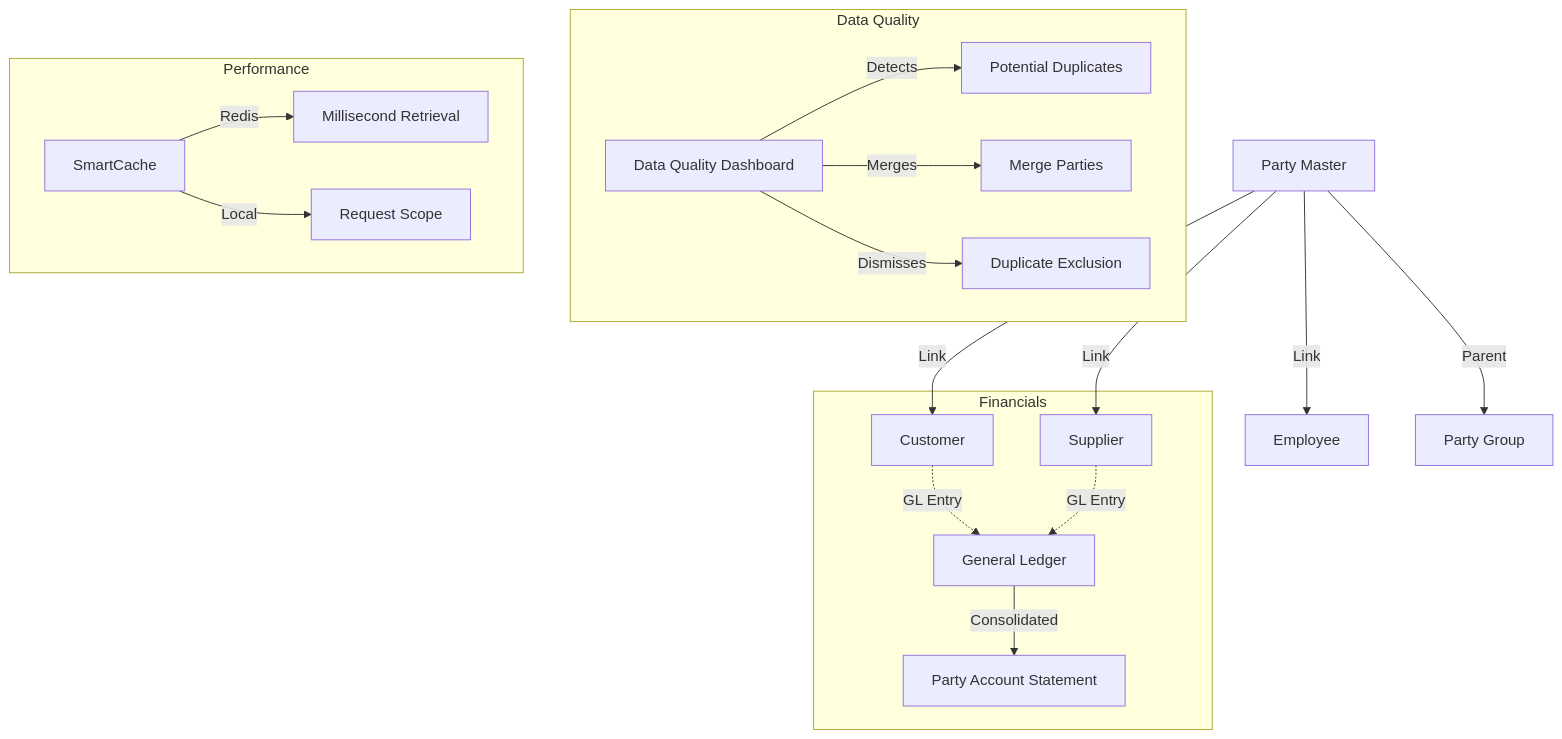
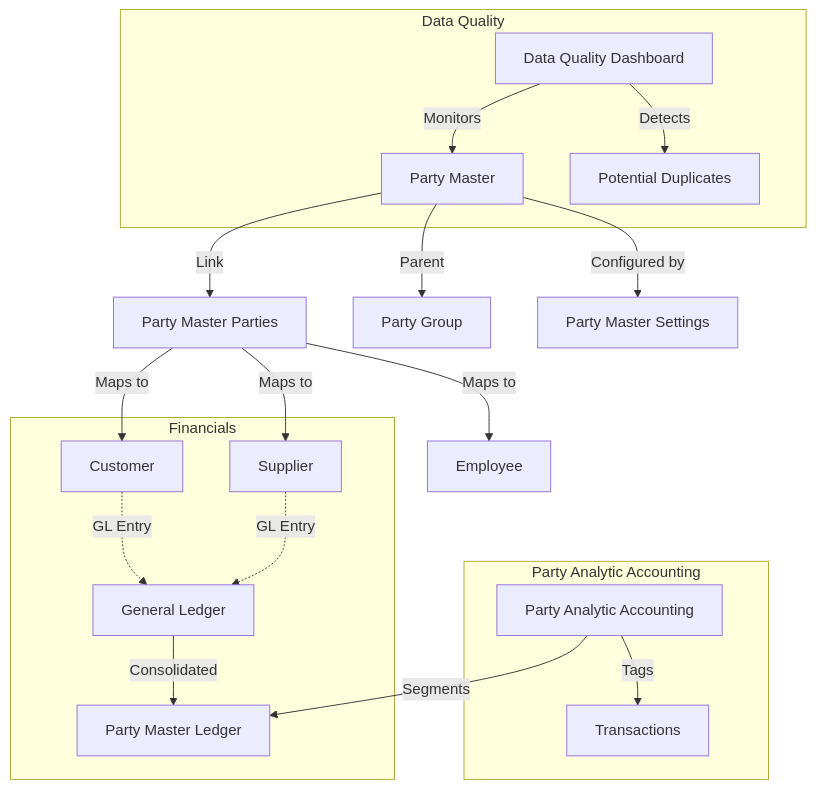
The diagram in content.en/docs/introduction/_index.md (Sendipad/uph), drawn with Mermaid before and after one commit. The commit also changed other lines of this file and 5 other files, not shown here.

````diff
--- a/content.en/docs/introduction/_index.md
+++ b/content.en/docs/introduction/_index.md
@@ -47,25 +76,27 @@
-{{< mermaid >}}
+```mermaid
 graph TD
-    PM[Party Master] -->|Link| C[Customer]
-    PM -->|Link| S[Supplier]
-    PM -->|Link| E[Employee]
+    PM[Party Master] -->|Link| PMP[Party Master Parties]
+    PMP -->|Maps to| C[Customer]
+    PMP -->|Maps to| S[Supplier]
+    PMP -->|Maps to| E[Employee]
     
     PM -->|Parent| PM_Group[Party Group]
+    
+    PM -->|Configured by| PMS[Party Master Settings]
     
     subgraph "Financials"
     C -.->|GL Entry| GL[General Ledger]
     S -.->|GL Entry| GL
-    GL -->|Consolidated| PM_Report[Party Account Statement]
+    GL -->|Consolidated| Report[Party Master Ledger]
+    end
+    
+    subgraph "Party Analytic Accounting"
+    PAA[Party Analytic Accounting] -->|Tags| TRANS[Transactions]
+    PAA -->|Segments| Report
     end
     
     subgraph "Data Quality"
-    DQ[Data Quality Dashboard] -->|Detects| Duplicates[Potential Duplicates]
-    DQ -->|Merges| Merge[Merge Parties]
-    DQ -->|Dismisses| Exclude[Duplicate Exclusion]
+    DQ[Data Quality Dashboard] -->|Monitors| PM
+    DQ -->|Detects| Duplicates[Potential Duplicates]
     end
-    
-    subgraph "Performance"
-    Cache[SmartCache] -->|Redis| Fast[Millisecond Retrieval]
-    Cache -->|Local| Request[Request Scope]
-    end
-{{< /mermaid >}}
+```
````
